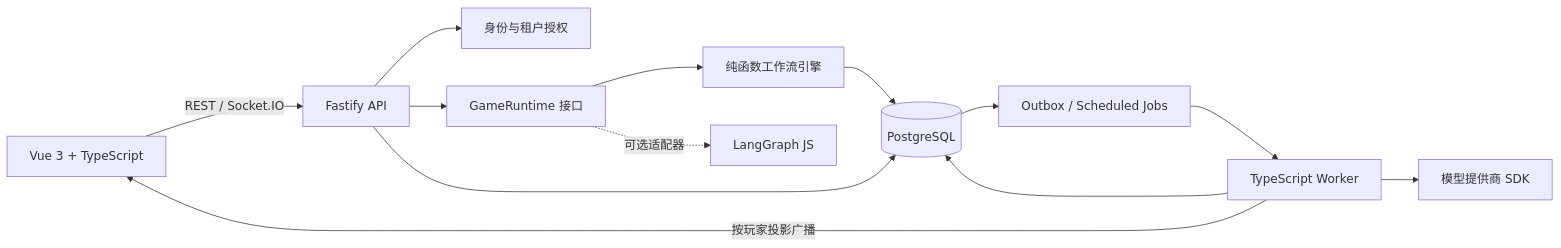
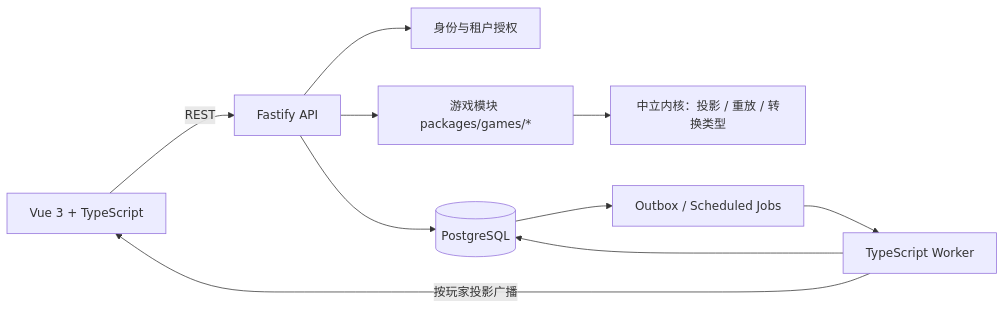
One commit to Fize/vbrpg changed the diagram in docs/platform-migration-plan.md. Above: the diagram before and after it, drawn with Mermaid. The commit also changed other lines of this file and 9 other files, not shown here.

````diff
--- a/docs/platform-migration-plan.md
+++ b/docs/platform-migration-plan.md
@@ -64,15 +63,12 @@
 ```mermaid
 flowchart LR
-    Browser[Vue 3 + TypeScript] -->|REST / Socket.IO| API[Fastify API]
+    Browser[Vue 3 + TypeScript] -->|REST| API[Fastify API]
     API --> Auth[身份与租户授权]
-    API --> Runtime[GameRuntime 接口]
-    Runtime --> Engine[纯函数工作流引擎]
-    Runtime -. 可选适配器 .-> LangGraph[LangGraph JS]
-    Engine --> DB[(PostgreSQL)]
-    API --> DB
+    API --> Games[游戏模块 packages/games/*]
+    Games --> Engine[中立内核：投影 / 重放 / 转换类型]
+    API --> DB[(PostgreSQL)]
     Worker[TypeScript Worker] --> DB
-    Worker --> AI[模型提供商 SDK]
     DB --> Outbox[Outbox / Scheduled Jobs]
     Outbox --> Worker
     Worker -->|按玩家投影广播| Browser
 ```
````
